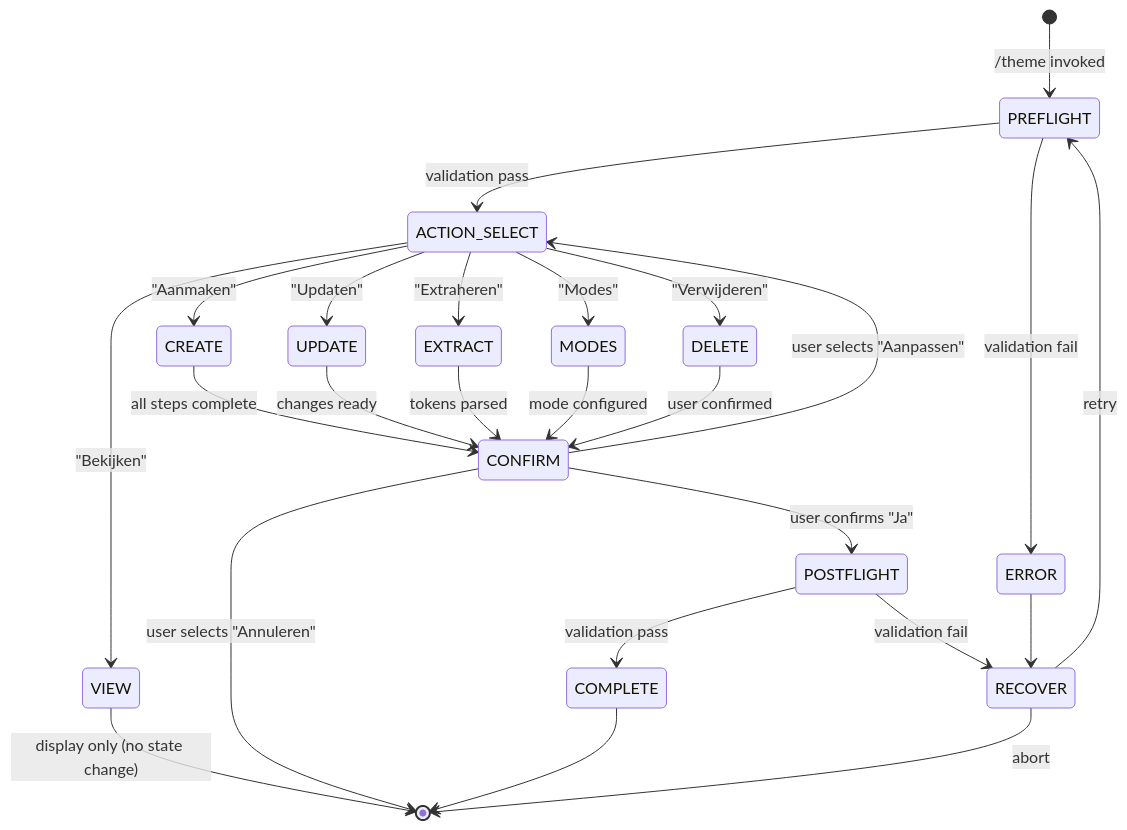
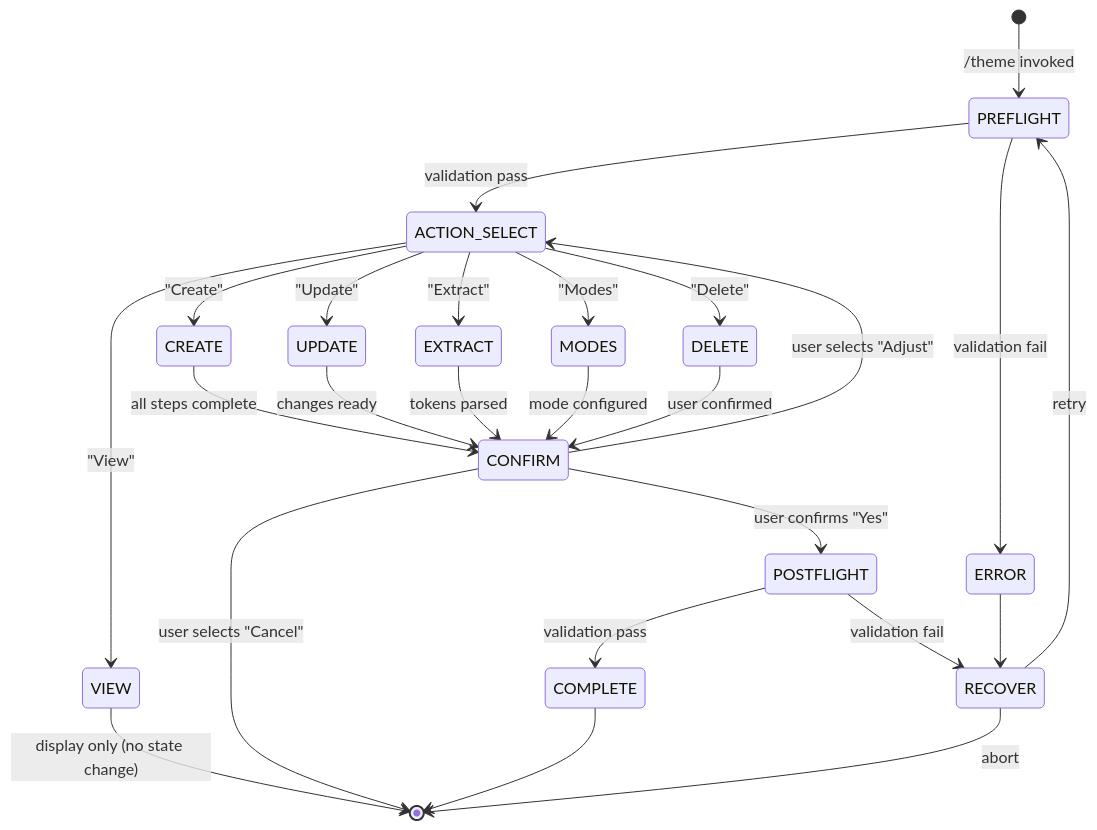
One commit to AirMile/claude-config changed the diagram in skills/frontend-tokens/SKILL.md. Above: the diagram before and after it, drawn with Mermaid. The commit also changed other lines of this file and 88 other files, not shown here.

````diff
--- a/skills/frontend-tokens/SKILL.md
+++ b/skills/frontend-tokens/SKILL.md
@@ -180,34 +180,34 @@
 ```mermaid
 stateDiagram-v2
     [*] --> PREFLIGHT: /theme invoked
 
     PREFLIGHT --> ACTION_SELECT: validation pass
     PREFLIGHT --> ERROR: validation fail
 
-    ACTION_SELECT --> CREATE: "Aanmaken"
-    ACTION_SELECT --> VIEW: "Bekijken"
-    ACTION_SELECT --> UPDATE: "Updaten"
-    ACTION_SELECT --> EXTRACT: "Extraheren"
+    ACTION_SELECT --> CREATE: "Create"
+    ACTION_SELECT --> VIEW: "View"
+    ACTION_SELECT --> UPDATE: "Update"
+    ACTION_SELECT --> EXTRACT: "Extract"
     ACTION_SELECT --> MODES: "Modes"
-    ACTION_SELECT --> DELETE: "Verwijderen"
+    ACTION_SELECT --> DELETE: "Delete"
 
     CREATE --> CONFIRM: all steps complete
     VIEW --> [*]: display only (no state change)
     UPDATE --> CONFIRM: changes ready
     EXTRACT --> CONFIRM: tokens parsed
     MODES --> CONFIRM: mode configured
     DELETE --> CONFIRM: user confirmed
 
-    CONFIRM --> POSTFLIGHT: user confirms "Ja"
-    CONFIRM --> ACTION_SELECT: user selects "Aanpassen"
-    CONFIRM --> [*]: user selects "Annuleren"
+    CONFIRM --> POSTFLIGHT: user confirms "Yes"
+    CONFIRM --> ACTION_SELECT: user selects "Adjust"
+    CONFIRM --> [*]: user selects "Cancel"
 
     POSTFLIGHT --> COMPLETE: validation pass
     POSTFLIGHT --> RECOVER: validation fail
 
     COMPLETE --> [*]
 
     ERROR --> RECOVER
     RECOVER --> PREFLIGHT: retry
     RECOVER --> [*]: abort
 ```
````
